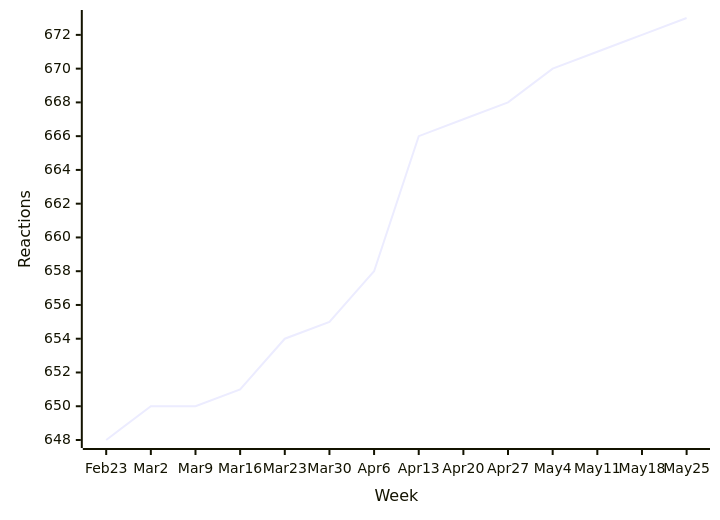
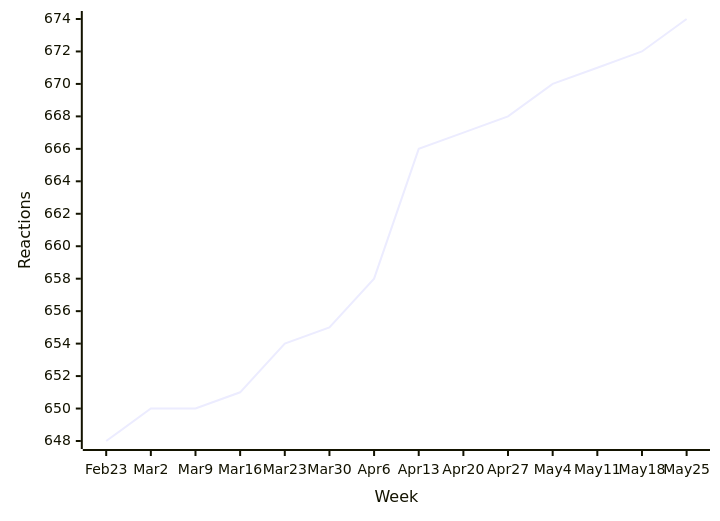
The fourth of 51 diagrams in README.md (loic-sharma/github-insights), drawn with Mermaid before and after one commit. The commit also changed other lines of this file and 3 other files, not shown here.

````diff
--- a/README.md
+++ b/README.md
@@ -390,6 +390,6 @@
   ```mermaid
   xychart-beta
     x-axis "Week" [Feb 23, Mar 2, Mar 9, Mar 16, Mar 23, Mar 30, Apr 6, Apr 13, Apr 20, Apr 27, May 4, May 11, May 18, May 25]
     y-axis "Reactions"
-    line [648, 650, 650, 651, 654, 655, 658, 666, 667, 668, 670, 671, 672, 673]
+    line [648, 650, 650, 651, 654, 655, 658, 666, 667, 668, 670, 671, 672, 674]
   ```
````
